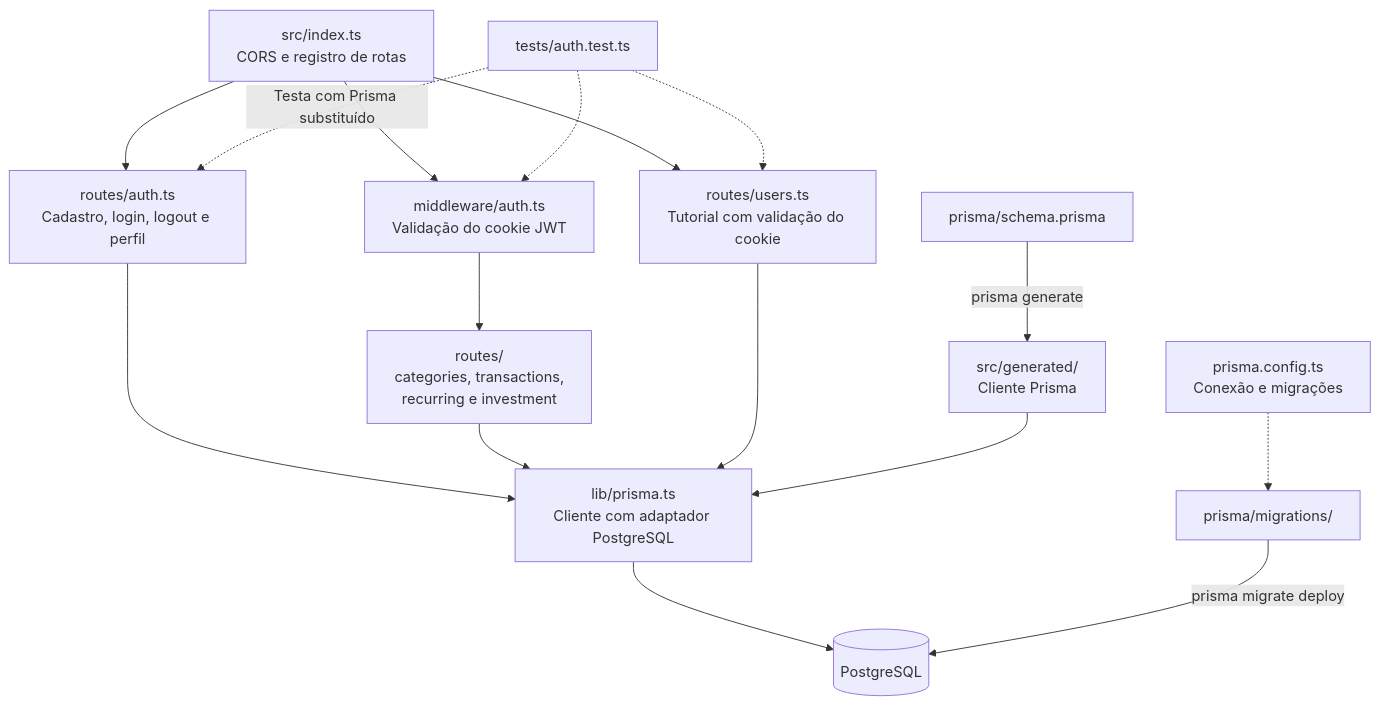
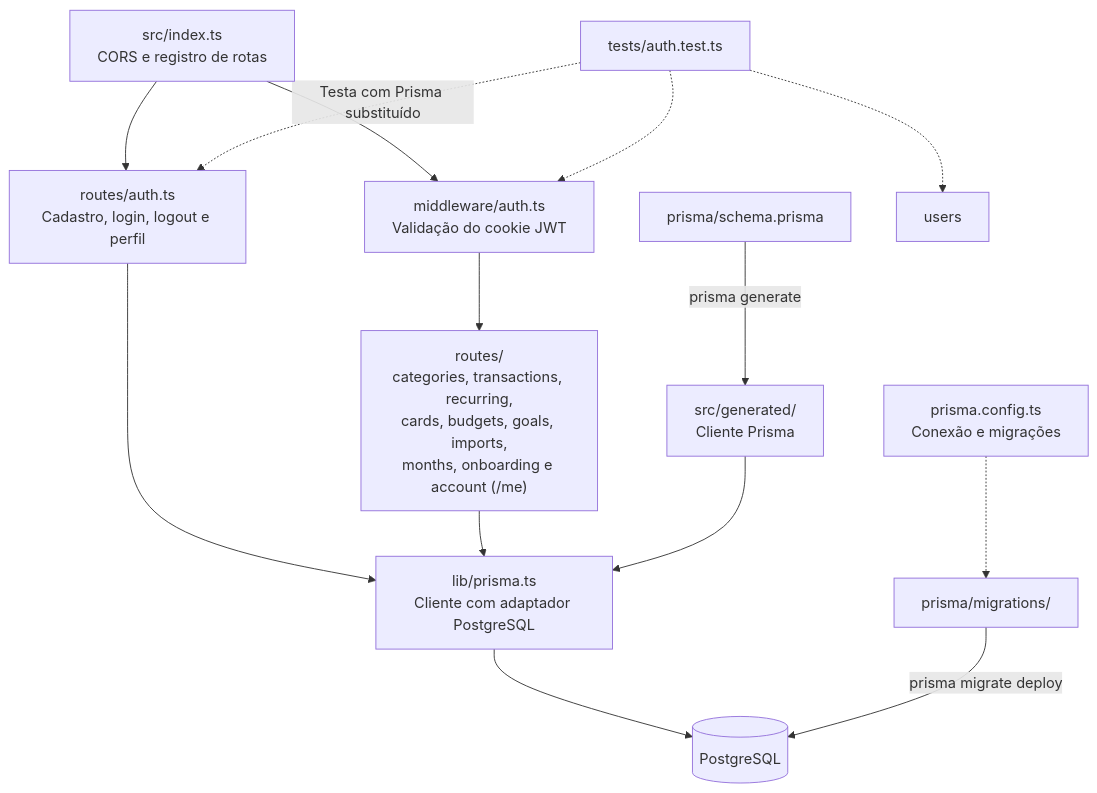
Before and after one commit to lukagouvea/fincontrol: the first of 3 diagrams in backend/README.md, drawn with Mermaid. The commit also changed other lines of this file and 17 other files, not shown here.

````diff
--- a/backend/README.md
+++ b/backend/README.md
@@ -9,19 +9,17 @@
 ```mermaid
 flowchart TB
     entry["src/index.ts<br/>CORS e registro de rotas"]
     entry --> auth["routes/auth.ts<br/>Cadastro, login, logout e perfil"]
     entry --> middleware["middleware/auth.ts<br/>Validação do cookie JWT"]
-    middleware --> finance["routes/<br/>categories, transactions,<br/>recurring e investment"]
-    entry --> users["routes/users.ts<br/>Tutorial com validação do cookie"]
+    middleware --> finance["routes/<br/>categories, transactions, recurring,<br/>cards, budgets, goals, imports,<br/>months, onboarding e account (/me)"]
     auth --> prisma["lib/prisma.ts<br/>Cliente com adaptador PostgreSQL"]
     finance --> prisma
-    users --> prisma
     schema["prisma/schema.prisma"] -->|"prisma generate"| generated["src/generated/<br/>Cliente Prisma"]
     generated --> prisma
     prisma --> db[("PostgreSQL")]
     migrations["prisma/migrations/"] -->|"prisma migrate deploy"| db
     config["prisma.config.ts<br/>Conexão e migrações"] -.-> migrations
     tests["tests/auth.test.ts"] -.->|"Testa com Prisma substituído"| auth
     tests -.-> middleware
     tests -.-> users
 ```
````
